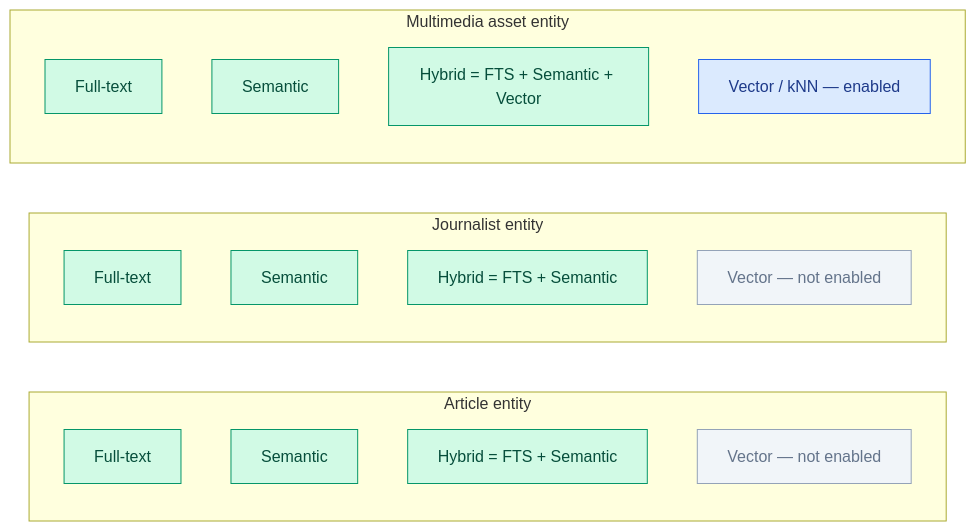
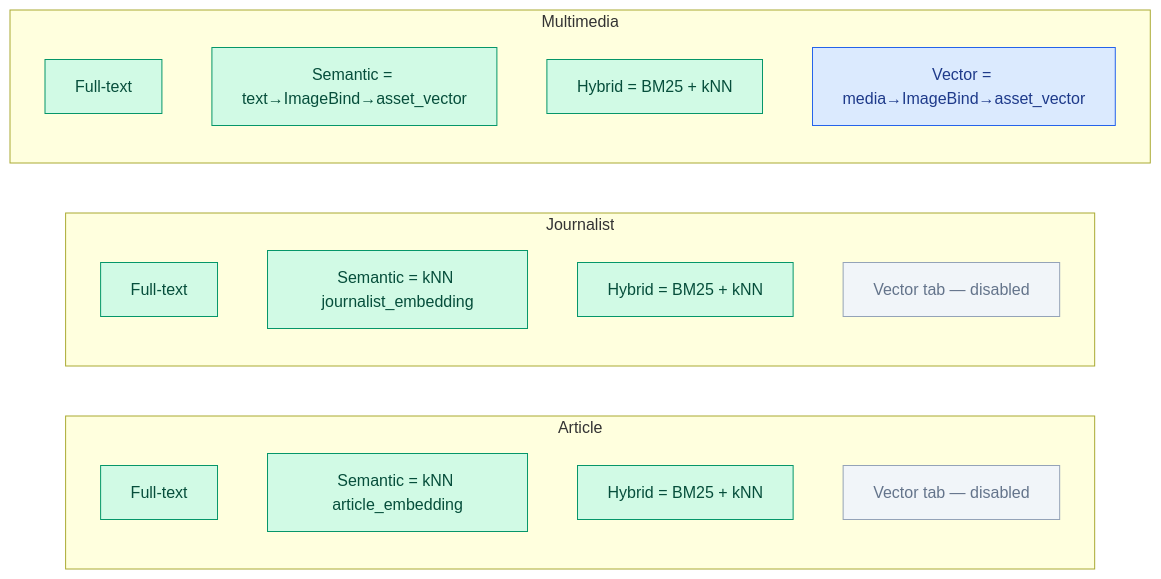
The first of 3 diagrams in docs/elasticsearch-denormalized-diagram.md (bigfito/gotham-media-browser), drawn with Mermaid before and after one commit. The commit also changed other lines of this file and 3 other files, not shown here.

First line of the commit message:
Lock prototype architecture and ImageBind embedding model

````diff
--- a/docs/elasticsearch-denormalized-diagram.md
+++ b/docs/elasticsearch-denormalized-diagram.md
@@ -8,28 +9,28 @@
 ```mermaid
 flowchart LR
-  subgraph ART["Article entity"]
+  subgraph ART["Article"]
     A1["Full-text"]
-    A2["Semantic"]
-    A3["Hybrid = FTS + Semantic"]
-    A4["Vector — not enabled"]
+    A2["Semantic = kNN article_embedding"]
+    A3["Hybrid = BM25 + kNN"]
+    A4["Vector tab — disabled"]
   end
-  subgraph JOUR["Journalist entity"]
+  subgraph JOUR["Journalist"]
     J1["Full-text"]
-    J2["Semantic"]
-    J3["Hybrid = FTS + Semantic"]
-    J4["Vector — not enabled"]
+    J2["Semantic = kNN journalist_embedding"]
+    J3["Hybrid = BM25 + kNN"]
+    J4["Vector tab — disabled"]
   end
-  subgraph MEDIA["Multimedia asset entity"]
+  subgraph MEDIA["Multimedia"]
     M1["Full-text"]
-    M2["Semantic"]
-    M3["Hybrid = FTS + Semantic + Vector"]
-    M4["Vector / kNN — enabled"]
+    M2["Semantic = text→ImageBind→asset_vector"]
+    M3["Hybrid = BM25 + kNN"]
+    M4["Vector = media→ImageBind→asset_vector"]
   end
 
   classDef on fill:#D1FAE5,stroke:#059669,color:#064E3B;
   classDef off fill:#F1F5F9,stroke:#94A3B8,color:#64748B;
   classDef vec fill:#DBEAFE,stroke:#2563EB,color:#1E3A8A;
   class A1,A2,A3,J1,J2,J3,M1,M2,M3 on;
   class A4,J4 off;
   class M4 vec;
 ```
````
